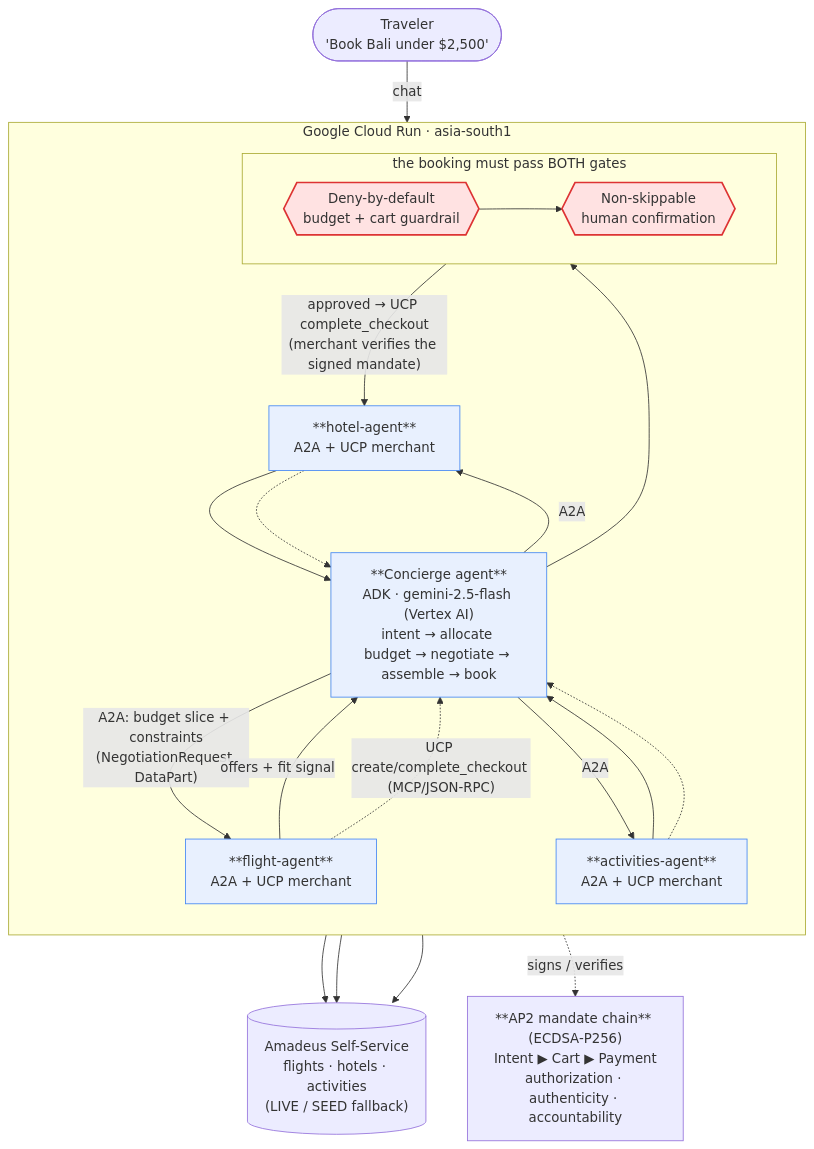
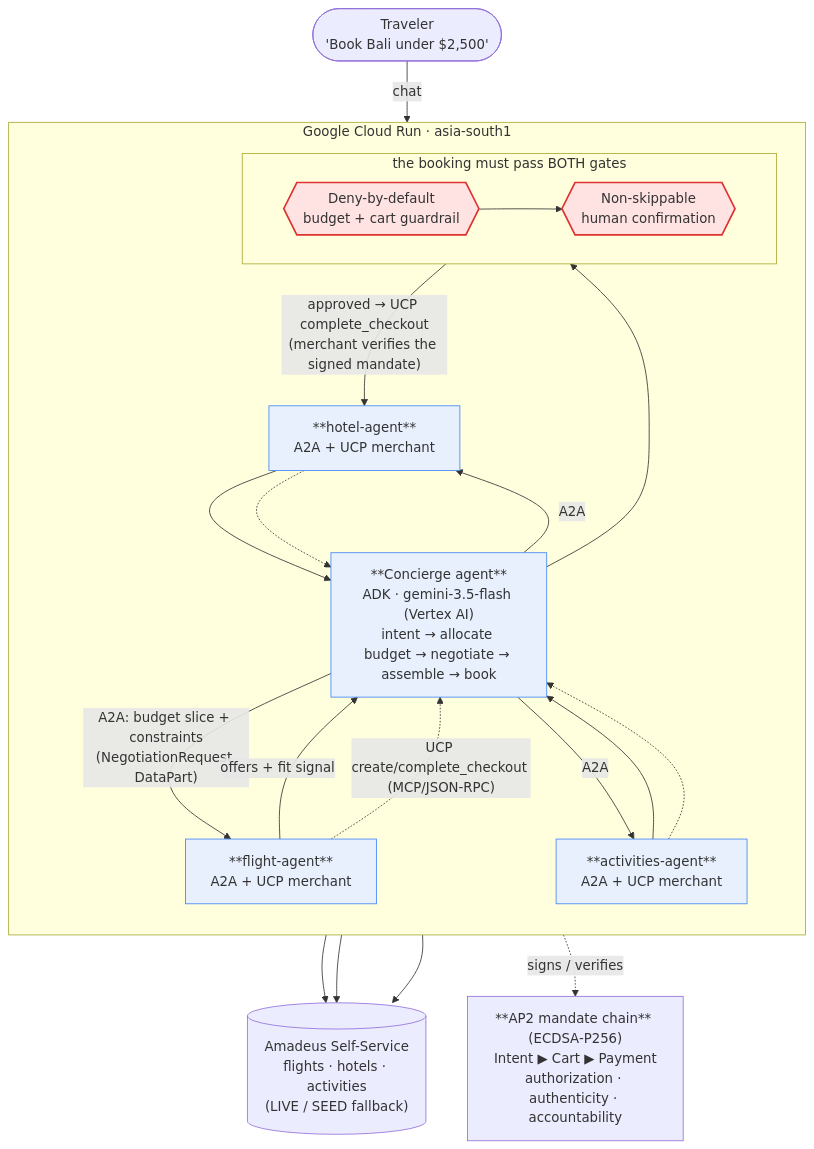
One commit to ihiteshgupta/odyssey changed the diagram in README.md. Above: the diagram before and after it, drawn with Mermaid. The commit also changed other lines of this file and 15 other files, not shown here.

First line of the commit message:
feat: upgrade to Gemini 3.5 Flash (latest GA Flash; global Vertex endpoint)

````diff
--- a/README.md
+++ b/README.md
@@ -105,47 +105,47 @@
 ```mermaid
 flowchart TB
     user(["Traveler<br/>'Book Bali under $2,500'"])
 
     subgraph cr["Google Cloud Run · asia-south1"]
         direction TB
-        concierge["**Concierge agent**<br/>ADK · gemini-2.5-flash (Vertex AI)<br/>intent → allocate budget → negotiate → assemble → book"]
+        concierge["**Concierge agent**<br/>ADK · gemini-3.5-flash (Vertex AI)<br/>intent → allocate budget → negotiate → assemble → book"]
 
         subgraph gates["the booking must pass BOTH gates"]
             direction LR
             guard{{"Deny-by-default<br/>budget + cart guardrail"}}
             hitl{{"Non-skippable<br/>human confirmation"}}
         end
 
         flight["**flight-agent**<br/>A2A + UCP merchant"]
         hotel["**hotel-agent**<br/>A2A + UCP merchant"]
         activity["**activities-agent**<br/>A2A + UCP merchant"]
     end
 
     amadeus[("Amadeus Self-Service<br/>flights · hotels · activities<br/>(LIVE / SEED fallback)")]
     ap2["**AP2 mandate chain** (ECDSA-P256)<br/>Intent ▶ Cart ▶ Payment<br/>authorization · authenticity · accountability"]
 
     user -->|"chat"| concierge
     concierge -->|"A2A: budget slice + constraints<br/>(NegotiationRequest DataPart)"| flight
     concierge -->|"A2A"| hotel
     concierge -->|"A2A"| activity
     flight -->|"offers + fit signal"| concierge
     hotel --> concierge
     activity --> concierge
 
     flight -.->|"UCP create/complete_checkout (MCP/JSON-RPC)"| concierge
     hotel -.-> concierge
     activity -.-> concierge
 
     flight --> amadeus
     hotel --> amadeus
     activity --> amadeus
 
     concierge --> guard --> hitl
     hitl -->|"approved → UCP complete_checkout<br/>(merchant verifies the signed mandate)"| hotel
     concierge -.->|"signs / verifies"| ap2
 
     classDef gate fill:#ffe2e2,stroke:#d33,stroke-width:2px;
     class guard,hitl gate;
     classDef agent fill:#e8f0fe,stroke:#4285f4,stroke-width:1px;
     class concierge,flight,hotel,activity agent;
 ```
````
